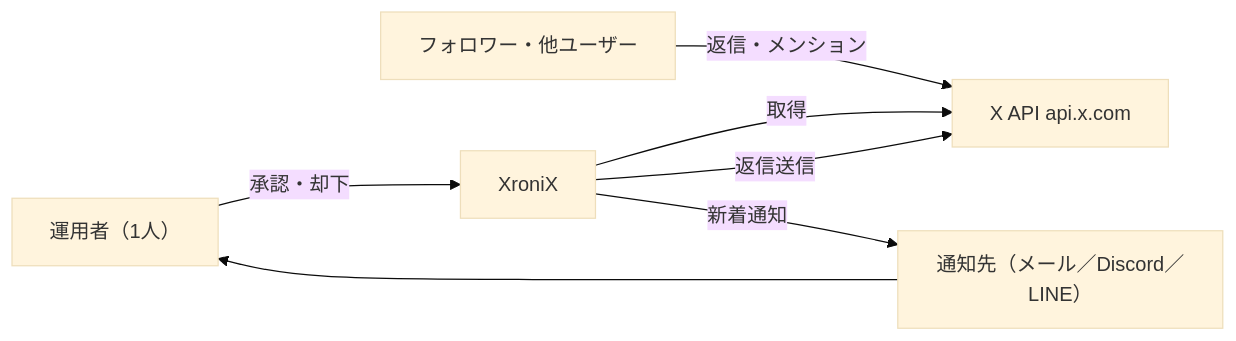
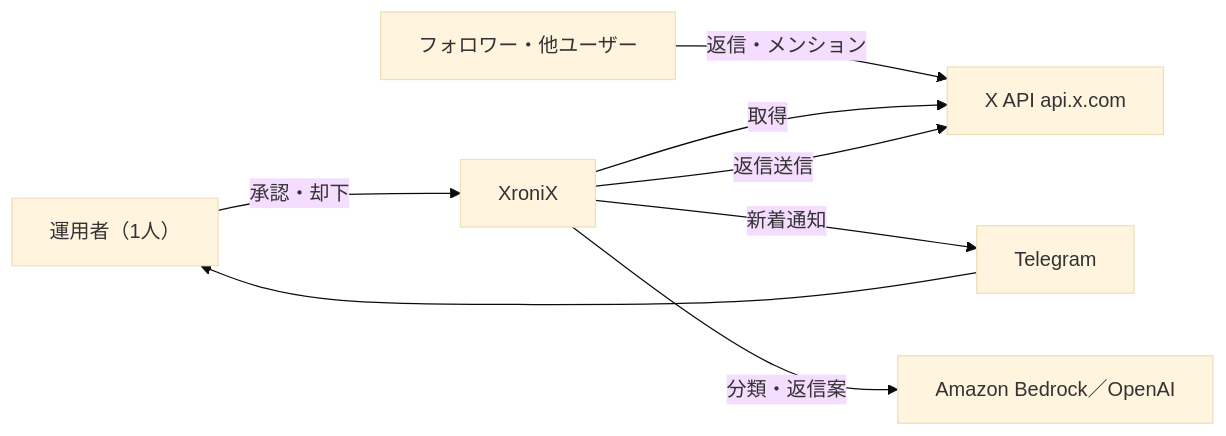
One commit to Mega-Takoyaki/xronix changed the diagram in docs/arc42/03-context-and-scope.md. Above: the diagram before and after it, drawn with Mermaid (base theme). The commit also changed 32 other files, not shown here.

````diff
--- a/docs/arc42/03-context-and-scope.md
+++ b/docs/arc42/03-context-and-scope.md
@@ -5,15 +5,17 @@
 ```mermaid
 flowchart LR
     Op[運用者（1人）]
     XroniX[XroniX]
     X[X API api.x.com]
-    Notify[通知先（メール／Discord／LINE）]
+    Notify[Telegram]
+    AI[Amazon Bedrock／OpenAI]
     Fans[フォロワー・他ユーザー]
 
     Fans -- 返信・メンション --> X
     XroniX -- 取得 --> X
     XroniX -- 返信送信 --> X
     XroniX -- 新着通知 --> Notify
+    XroniX -- 分類・返信案 --> AI
     Notify --> Op
     Op -- 承認・却下 --> XroniX
 ```
````
